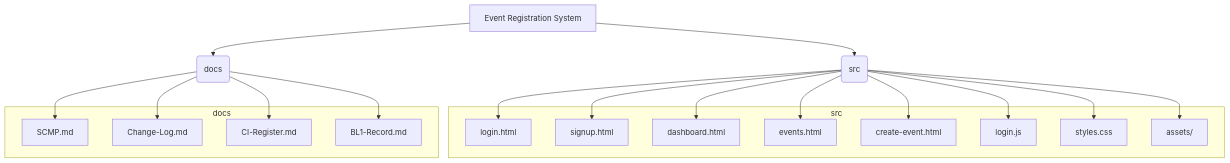
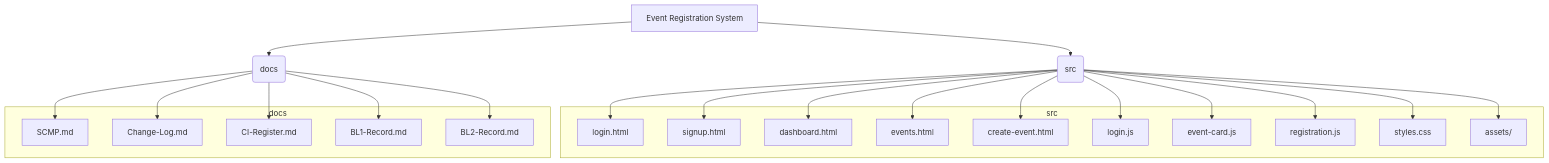
One commit to Seludemisse/scm-event-registration-system changed the diagram in docs/SCMP.md. Above: the diagram before and after it, drawn with Mermaid. The commit also changed other lines of this file and 6 other files, not shown here.

Commit message:
Update SCMP and change log; add BL2 record and change requests

````diff
--- a/docs/SCMP.md
+++ b/docs/SCMP.md
@@ -22,26 +22,29 @@
 ```mermaid
 graph TD
     A[Event Registration System] --> B(src);
     A --> C(docs);
 
     subgraph src
         D[login.html]
         E[signup.html]
         F[dashboard.html]
         G[events.html]
         H[create-event.html]
         I[login.js]
-        J[styles.css]
-        K[assets/]
+        J[event-card.js]
+        K[registration.js]
+        L[styles.css]
+        M[assets/]
     end
 
     subgraph docs
-        L[SCMP.md]
-        M[Change-Log.md]
-        N[CI-Register.md]
-        O[BL1-Record.md]
+        N[SCMP.md]
+        O[Change-Log.md]
+        P[CI-Register.md]
+        Q[BL1-Record.md]
+        R[BL2-Record.md]
     end
 
-    B --> D & E & F & G & H & I & J & K;
-    C --> L & M & N & O;
+    B --> D & E & F & G & H & I & J & K & L & M;
+    C --> N & O & P & Q & R;
 ```
````
